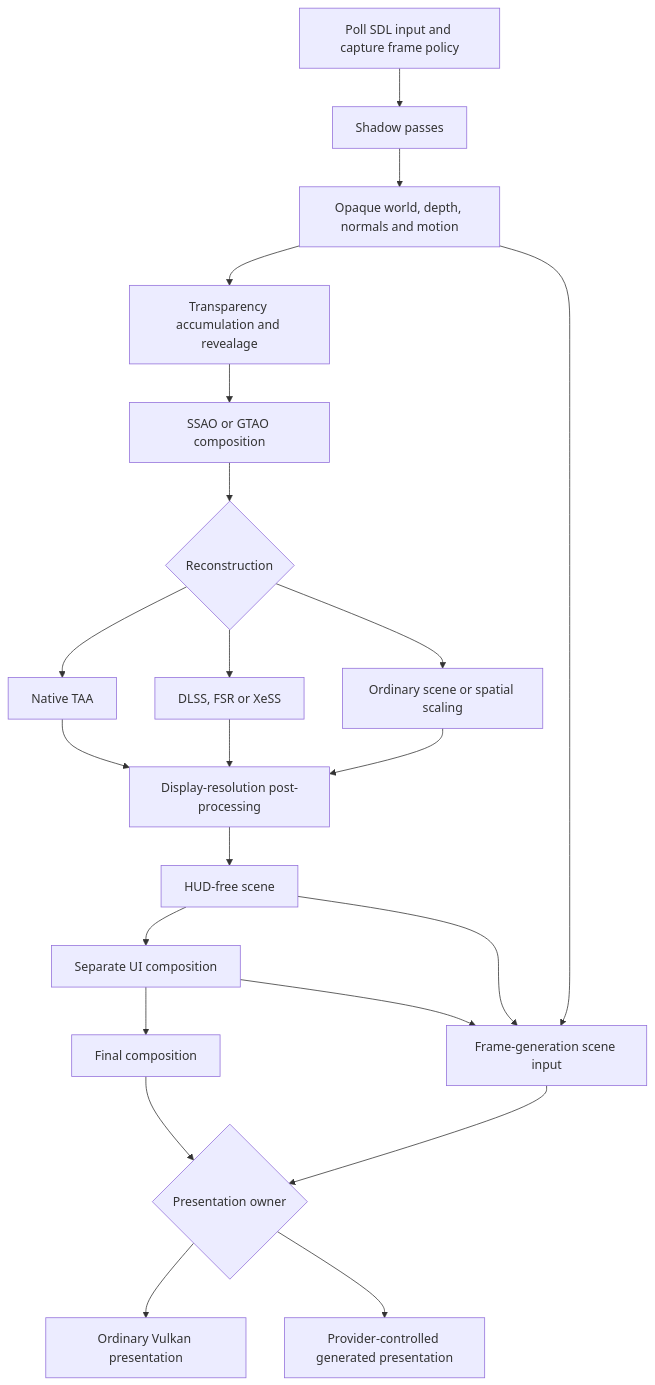
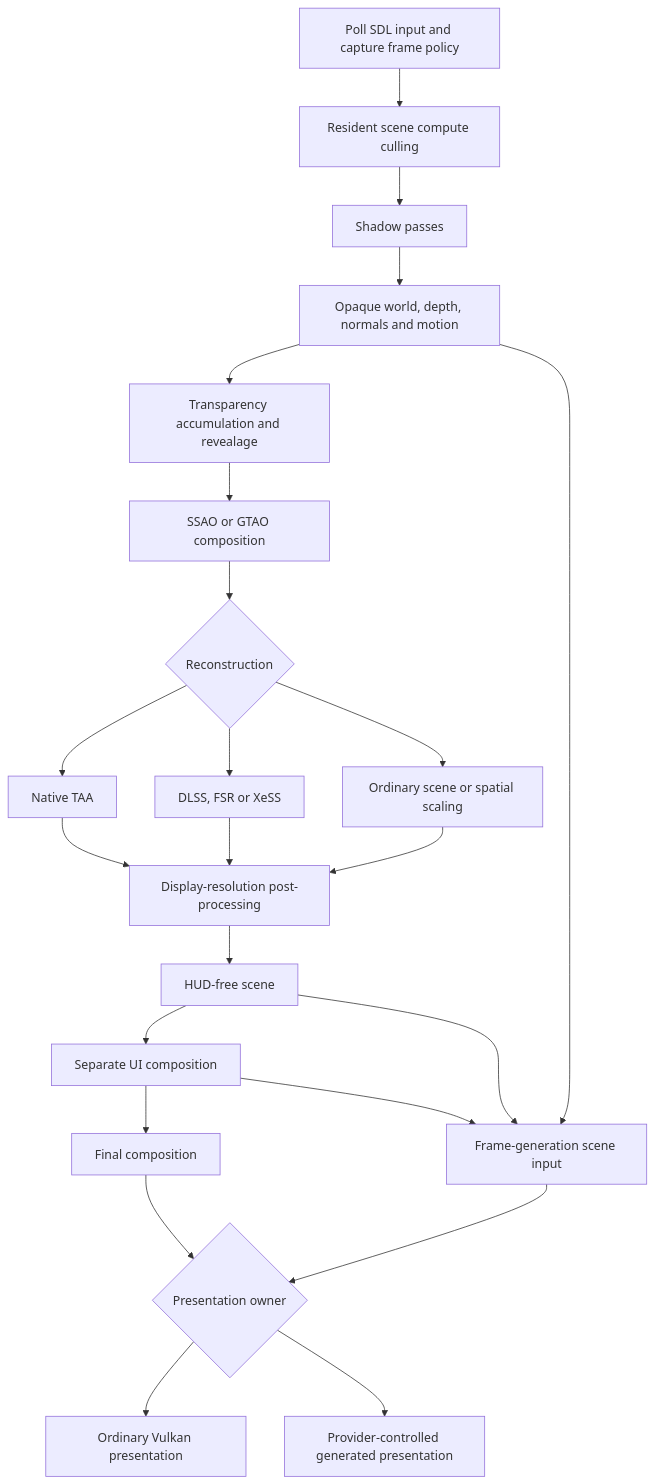
Before and after one commit to KillerPixelCrew/VulkanStory: the second of 7 diagrams in docs/rendering.md, drawn with Mermaid. The commit also changed other lines of this file and 7 other files, not shown here.

Commit message:
Document default resident scene submission and compatibility paths

````diff
--- a/docs/rendering.md
+++ b/docs/rendering.md
@@ -33,24 +34,25 @@
 ```mermaid
 flowchart TD
-    Input[Poll SDL input and capture frame policy] --> Shadow[Shadow passes]
+    Input[Poll SDL input and capture frame policy] --> Cull[Resident scene compute culling]
+    Cull --> Shadow[Shadow passes]
     Shadow --> Scene[Opaque world, depth, normals and motion]
     Scene --> OIT[Transparency accumulation and revealage]
     OIT --> AO[SSAO or GTAO composition]
     AO --> Select{Reconstruction}
     Select --> TAA[Native TAA]
     Select --> SR[DLSS, FSR or XeSS]
     Select --> Scale[Ordinary scene or spatial scaling]
     TAA --> Post[Display-resolution post-processing]
     SR --> Post
     Scale --> Post
     Post --> Hudless[HUD-free scene]
     Hudless --> UI[Separate UI composition]
     UI --> Final[Final composition]
     Hudless --> FG[Frame-generation scene input]
     UI --> FG
     Scene --> FG
     Final --> Present{Presentation owner}
     FG --> Present
     Present --> Swapchain[Ordinary Vulkan presentation]
     Present --> Generated[Provider-controlled generated presentation]
 ```
````
